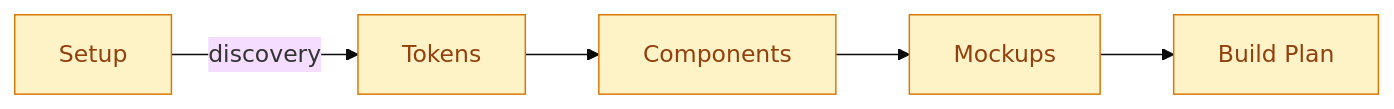
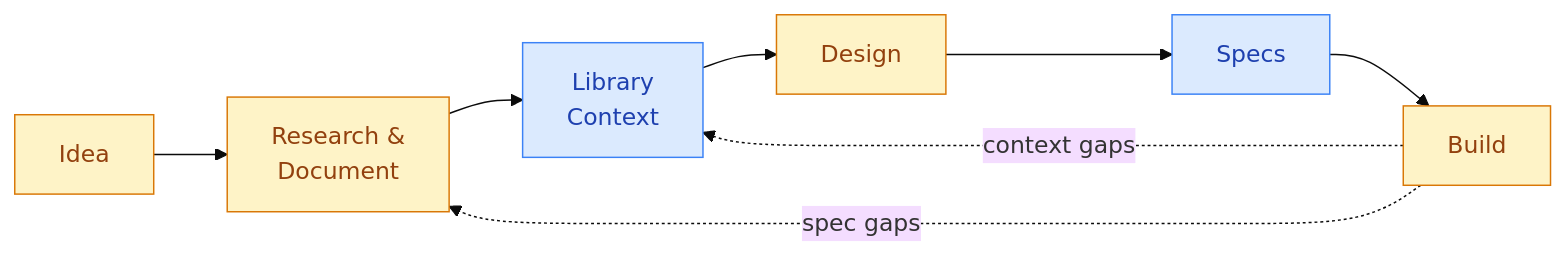
One commit to dev-eloper1/clarity-loop changed the diagram in README.md. Above: the diagram before and after it, drawn with Mermaid (base theme). The commit also changed other lines of this file and 2 other files, not shown here.

````diff
--- a/README.md
+++ b/README.md
@@ -311,10 +135,13 @@
 ```mermaid
 flowchart LR
     classDef human fill:#fef3c7,stroke:#d97706,color:#92400e
-    classDef gate fill:#dcfce7,stroke:#16a34a,color:#166534
+    classDef ai fill:#dbeafe,stroke:#3b82f6,color:#1e40af
 
-    S["Setup"]:::human -->|"discovery"| T["Tokens"]:::human
-    T --> C["Components"]:::human
-    C --> M["Mockups"]:::human
-    M --> B["Build Plan"]:::human
+    I["Idea"]:::human --> R["Research &\nDocument"]:::human
+    R --> C["Library\nContext"]:::ai
+    C --> D["Design"]:::human
+    D --> S["Specs"]:::ai
+    S --> B["Build"]:::human
+    B -.->|"spec gaps"| R
+    B -.->|"context gaps"| C
 ```
````
